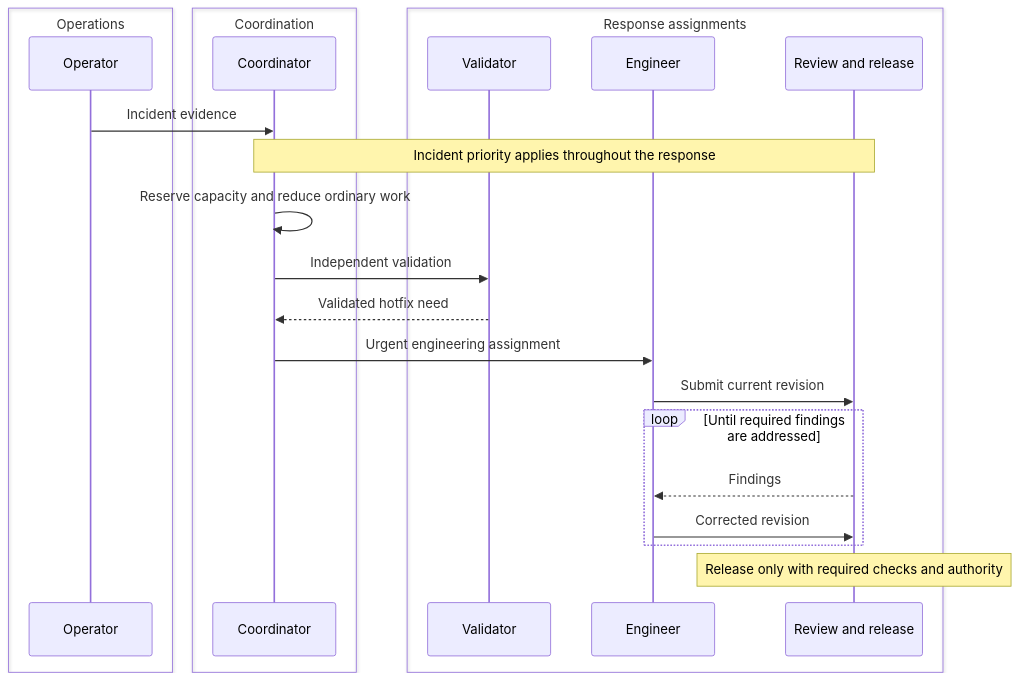
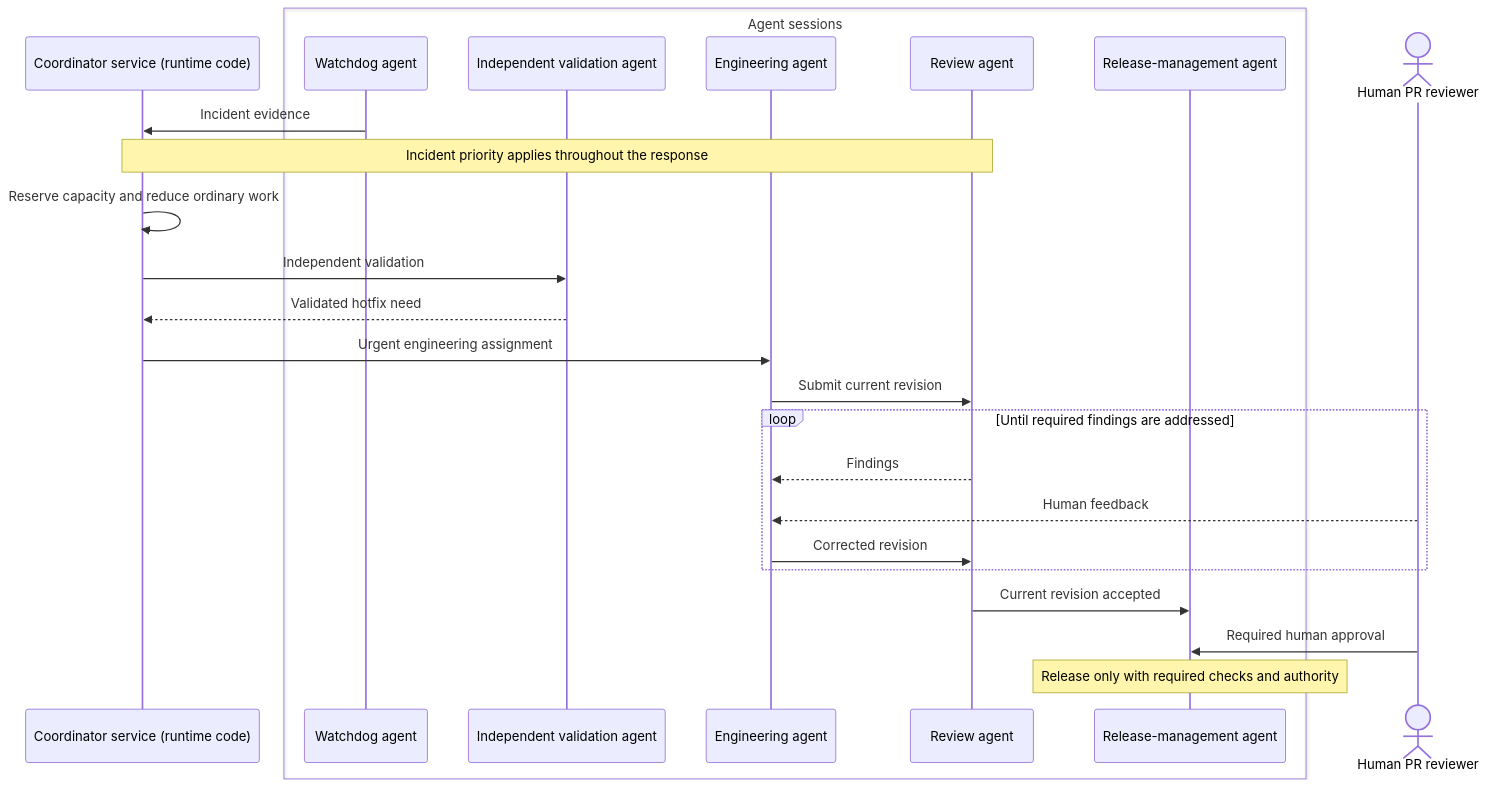
The sixth of 6 diagrams in SPEC.md (dataclique/metagenda), drawn with Mermaid before and after one commit. The commit also changed other lines of this file, not shown here.

Commit message:
illustrate concrete interfaces and human review paths

````diff
--- a/SPEC.md
+++ b/SPEC.md
@@ -206,26 +274,27 @@
 ```mermaid
 sequenceDiagram
-    box Operations
-        participant O as Operator
+    participant C as Coordinator service (runtime code)
+    box Agent sessions
+        participant O as Watchdog agent
+        participant V as Independent validation agent
+        participant E as Engineering agent
+        participant R as Review agent
+        participant L as Release-management agent
     end
-    box Coordination
-        participant C as Coordinator
-    end
-    box Response assignments
-        participant V as Validator
-        participant E as Engineer
-        participant R as Review and release
-    end
+    actor H as Human PR reviewer
     O->>C: Incident evidence
     Note over C,R: Incident priority applies throughout the response
     C->>C: Reserve capacity and reduce ordinary work
     C->>V: Independent validation
     V-->>C: Validated hotfix need
     C->>E: Urgent engineering assignment
     E->>R: Submit current revision
     loop Until required findings are addressed
         R-->>E: Findings
+        H-->>E: Human feedback
         E->>R: Corrected revision
     end
-    Note over R: Release only with required checks and authority
+    R->>L: Current revision accepted
+    H->>L: Required human approval
+    Note over L: Release only with required checks and authority
 ```
````
